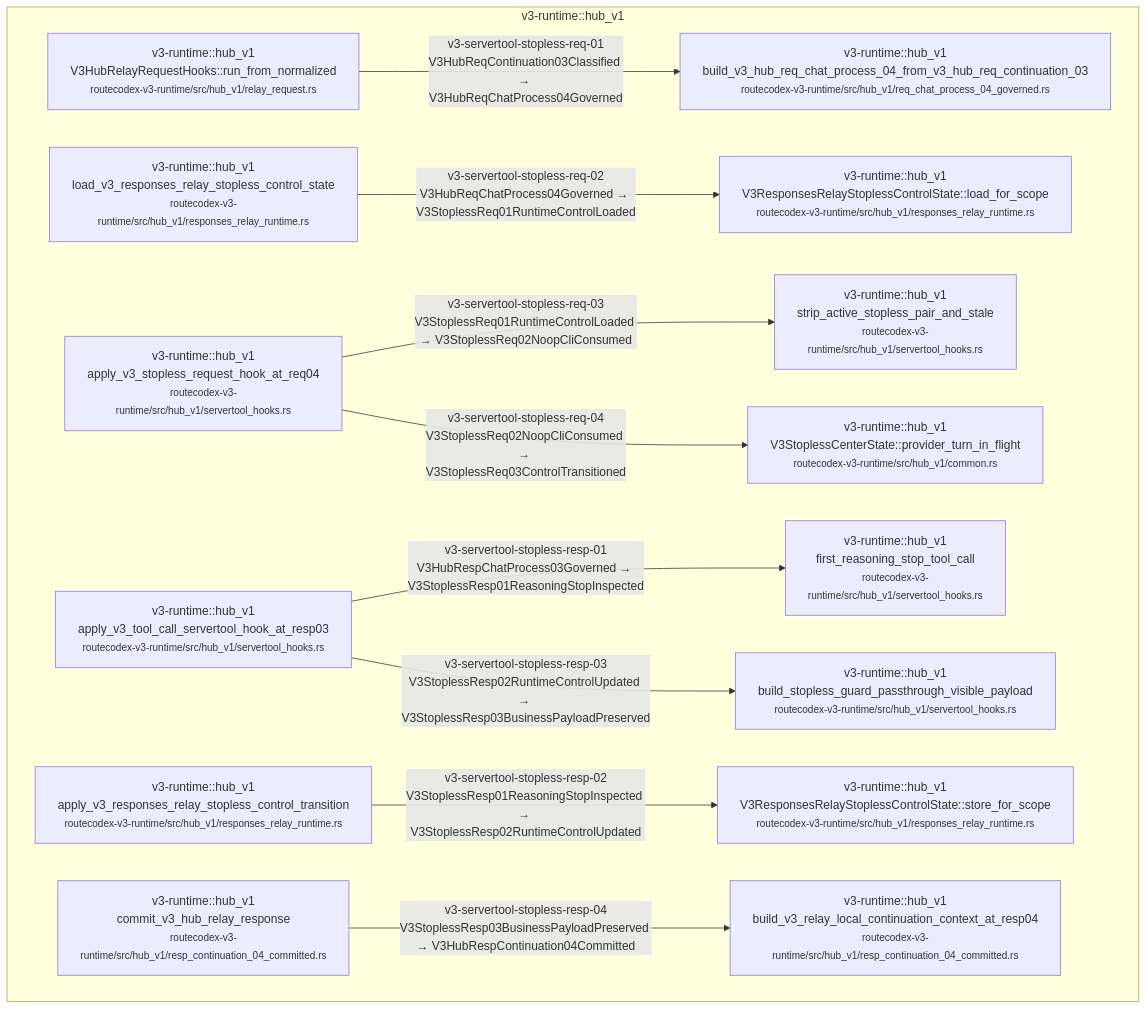
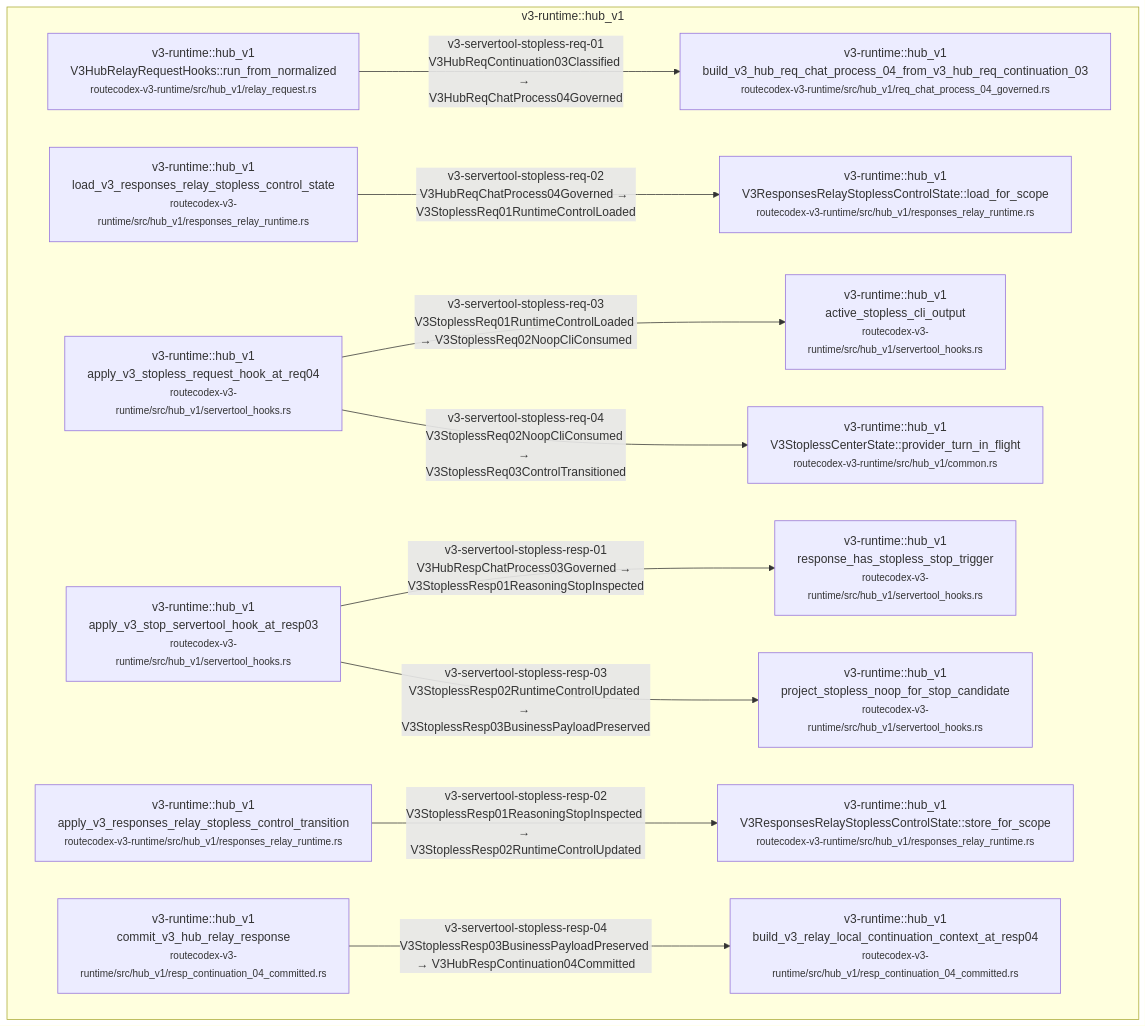
Diagram 39 of 55 in docs/architecture/wiki/v3-mainline-caller-flow.md (Jasonzhangf/routecodex), drawn with Mermaid before and after one commit. The commit also changed other lines of this file and 102 other files, not shown here.

````diff
--- a/docs/architecture/wiki/v3-mainline-caller-flow.md
+++ b/docs/architecture/wiki/v3-mainline-caller-flow.md
@@ -1565,27 +1568,27 @@
 ```mermaid
 flowchart TD
   subgraph c_37_v3_servertool_hook_skeleton_lifecycle_m_v3_runtime__hub_v1["v3-runtime::hub_v1"]
     c_37_v3_servertool_hook_skeleton_lifecycle_0["v3-runtime::hub_v1<br/>V3HubRelayRequestHooks::run_from_normalized<br/><small>routecodex-v3-runtime/src/hub_v1/relay_request.rs</small>"]
     c_37_v3_servertool_hook_skeleton_lifecycle_1["v3-runtime::hub_v1<br/>build_v3_hub_req_chat_process_04_from_v3_hub_req_continuation_03<br/><small>routecodex-v3-runtime/src/hub_v1/req_chat_process_04_governed.rs</small>"]
     c_37_v3_servertool_hook_skeleton_lifecycle_2["v3-runtime::hub_v1<br/>load_v3_responses_relay_stopless_control_state<br/><small>routecodex-v3-runtime/src/hub_v1/responses_relay_runtime.rs</small>"]
     c_37_v3_servertool_hook_skeleton_lifecycle_3["v3-runtime::hub_v1<br/>V3ResponsesRelayStoplessControlState::load_for_scope<br/><small>routecodex-v3-runtime/src/hub_v1/responses_relay_runtime.rs</small>"]
     c_37_v3_servertool_hook_skeleton_lifecycle_4["v3-runtime::hub_v1<br/>apply_v3_stopless_request_hook_at_req04<br/><small>routecodex-v3-runtime/src/hub_v1/servertool_hooks.rs</small>"]
-    c_37_v3_servertool_hook_skeleton_lifecycle_5["v3-runtime::hub_v1<br/>strip_active_stopless_pair_and_stale<br/><small>routecodex-v3-runtime/src/hub_v1/servertool_hooks.rs</small>"]
+    c_37_v3_servertool_hook_skeleton_lifecycle_5["v3-runtime::hub_v1<br/>active_stopless_cli_output<br/><small>routecodex-v3-runtime/src/hub_v1/servertool_hooks.rs</small>"]
     c_37_v3_servertool_hook_skeleton_lifecycle_6["v3-runtime::hub_v1<br/>V3StoplessCenterState::provider_turn_in_flight<br/><small>routecodex-v3-runtime/src/hub_v1/common.rs</small>"]
-    c_37_v3_servertool_hook_skeleton_lifecycle_7["v3-runtime::hub_v1<br/>apply_v3_tool_call_servertool_hook_at_resp03<br/><small>routecodex-v3-runtime/src/hub_v1/servertool_hooks.rs</small>"]
-    c_37_v3_servertool_hook_skeleton_lifecycle_8["v3-runtime::hub_v1<br/>first_reasoning_stop_tool_call<br/><small>routecodex-v3-runtime/src/hub_v1/servertool_hooks.rs</small>"]
+    c_37_v3_servertool_hook_skeleton_lifecycle_7["v3-runtime::hub_v1<br/>apply_v3_stop_servertool_hook_at_resp03<br/><small>routecodex-v3-runtime/src/hub_v1/servertool_hooks.rs</small>"]
+    c_37_v3_servertool_hook_skeleton_lifecycle_8["v3-runtime::hub_v1<br/>response_has_stopless_stop_trigger<br/><small>routecodex-v3-runtime/src/hub_v1/servertool_hooks.rs</small>"]
     c_37_v3_servertool_hook_skeleton_lifecycle_9["v3-runtime::hub_v1<br/>apply_v3_responses_relay_stopless_control_transition<br/><small>routecodex-v3-runtime/src/hub_v1/responses_relay_runtime.rs</small>"]
     c_37_v3_servertool_hook_skeleton_lifecycle_10["v3-runtime::hub_v1<br/>V3ResponsesRelayStoplessControlState::store_for_scope<br/><small>routecodex-v3-runtime/src/hub_v1/responses_relay_runtime.rs</small>"]
-    c_37_v3_servertool_hook_skeleton_lifecycle_11["v3-runtime::hub_v1<br/>build_stopless_guard_passthrough_visible_payload<br/><small>routecodex-v3-runtime/src/hub_v1/servertool_hooks.rs</small>"]
+    c_37_v3_servertool_hook_skeleton_lifecycle_11["v3-runtime::hub_v1<br/>project_stopless_noop_for_stop_candidate<br/><small>routecodex-v3-runtime/src/hub_v1/servertool_hooks.rs</small>"]
     c_37_v3_servertool_hook_skeleton_lifecycle_12["v3-runtime::hub_v1<br/>commit_v3_hub_relay_response<br/><small>routecodex-v3-runtime/src/hub_v1/resp_continuation_04_committed.rs</small>"]
     c_37_v3_servertool_hook_skeleton_lifecycle_13["v3-runtime::hub_v1<br/>build_v3_relay_local_continuation_context_at_resp04<br/><small>routecodex-v3-runtime/src/hub_v1/resp_continuation_04_committed.rs</small>"]
   end
   c_37_v3_servertool_hook_skeleton_lifecycle_0 -->|v3-servertool-stopless-req-01<br/>V3HubReqContinuation03Classified → V3HubReqChatProcess04Governed| c_37_v3_servertool_hook_skeleton_lifecycle_1
   c_37_v3_servertool_hook_skeleton_lifecycle_2 -->|v3-servertool-stopless-req-02<br/>V3HubReqChatProcess04Governed → V3StoplessReq01RuntimeControlLoaded| c_37_v3_servertool_hook_skeleton_lifecycle_3
   c_37_v3_servertool_hook_skeleton_lifecycle_4 -->|v3-servertool-stopless-req-03<br/>V3StoplessReq01RuntimeControlLoaded → V3StoplessReq02NoopCliConsumed| c_37_v3_servertool_hook_skeleton_lifecycle_5
   c_37_v3_servertool_hook_skeleton_lifecycle_4 -->|v3-servertool-stopless-req-04<br/>V3StoplessReq02NoopCliConsumed → V3StoplessReq03ControlTransitioned| c_37_v3_servertool_hook_skeleton_lifecycle_6
   c_37_v3_servertool_hook_skeleton_lifecycle_7 -->|v3-servertool-stopless-resp-01<br/>V3HubRespChatProcess03Governed → V3StoplessResp01ReasoningStopInspected| c_37_v3_servertool_hook_skeleton_lifecycle_8
   c_37_v3_servertool_hook_skeleton_lifecycle_9 -->|v3-servertool-stopless-resp-02<br/>V3StoplessResp01ReasoningStopInspected → V3StoplessResp02RuntimeControlUpdated| c_37_v3_servertool_hook_skeleton_lifecycle_10
   c_37_v3_servertool_hook_skeleton_lifecycle_7 -->|v3-servertool-stopless-resp-03<br/>V3StoplessResp02RuntimeControlUpdated → V3StoplessResp03BusinessPayloadPreserved| c_37_v3_servertool_hook_skeleton_lifecycle_11
   c_37_v3_servertool_hook_skeleton_lifecycle_12 -->|v3-servertool-stopless-resp-04<br/>V3StoplessResp03BusinessPayloadPreserved → V3HubRespContinuation04Committed| c_37_v3_servertool_hook_skeleton_lifecycle_13
 ```
````
